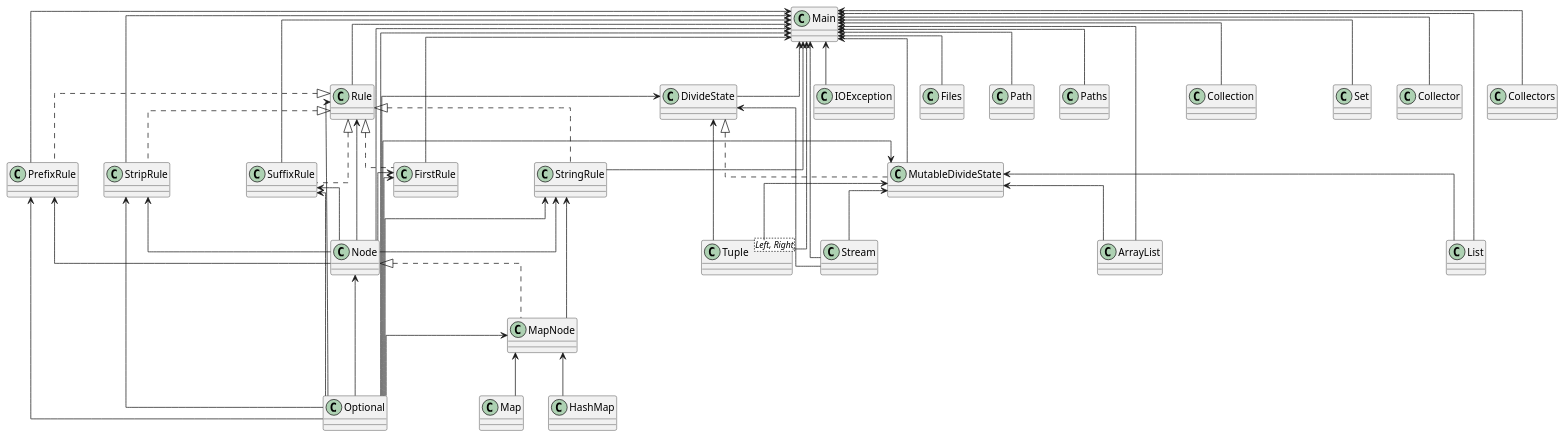
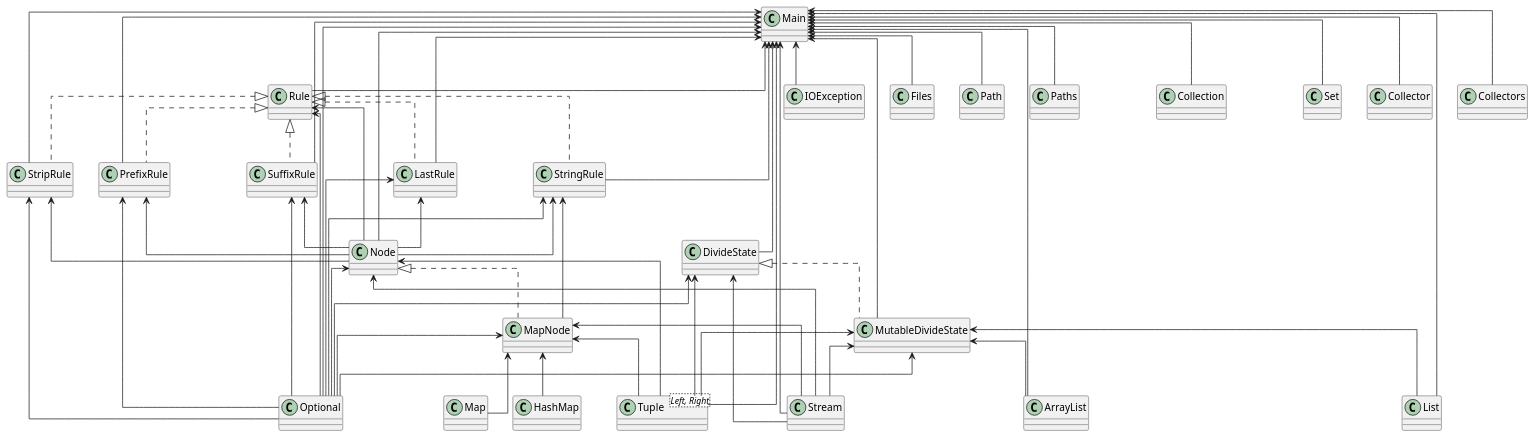
One commit to SirMathhman/Magma changed the diagram in diagram.puml. Above: the diagram before and after it, drawn with PlantUML. The commit also changed 4 other files, not shown here.

```diff
--- a/diagram.puml
+++ b/diagram.puml
@@ -1,70 +1,74 @@
 @startuml
 skinparam linetype ortho
 class PrefixRule
 PrefixRule <-- Node
 PrefixRule <-- Optional
 class PrefixRule implements Rule
 class StripRule
 StripRule <-- Node
 StripRule <-- Optional
 class StripRule implements Rule
 class SuffixRule
 SuffixRule <-- Node
 SuffixRule <-- Optional
 class SuffixRule implements Rule
+class LastRule
+LastRule <-- Node
+LastRule <-- Optional
+class LastRule implements Rule
 class StringRule
 StringRule <-- MapNode
 StringRule <-- Node
 StringRule <-- Optional
 class StringRule implements Rule
 class Rule
 Rule <-- Node
 Rule <-- Optional
 class Main
 Main <-- Tuple
 Main <-- DivideState
 Main <-- MutableDivideState
 Main <-- Node
-Main <-- FirstRule
+Main <-- LastRule
 Main <-- PrefixRule
 Main <-- Rule
 Main <-- StringRule
 Main <-- StripRule
 Main <-- SuffixRule
 Main <-- IOException
 Main <-- Files
 Main <-- Path
 Main <-- Paths
 Main <-- ArrayList
 Main <-- Collection
 Main <-- List
 Main <-- Optional
 Main <-- Set
 Main <-- Collector
 Main <-- Collectors
 Main <-- Stream
 class Node
+Node <-- Tuple
 Node <-- Optional
+Node <-- Stream
 class MutableDivideState
 MutableDivideState <-- Tuple
 MutableDivideState <-- ArrayList
 MutableDivideState <-- List
 MutableDivideState <-- Optional
 MutableDivideState <-- Stream
 class MutableDivideState implements DivideState 
-class FirstRule
-FirstRule <-- Node
-FirstRule <-- Optional
-class FirstRule implements Rule
 class Tuple
 class Tuple<Left, Right> 
 class DivideState
 DivideState <-- Tuple
 DivideState <-- Optional
 DivideState <-- Stream
 class MapNode
+MapNode <-- Tuple
 MapNode <-- HashMap
 MapNode <-- Map
 MapNode <-- Optional
+MapNode <-- Stream
 class MapNode implements Node 
 @enduml
```
